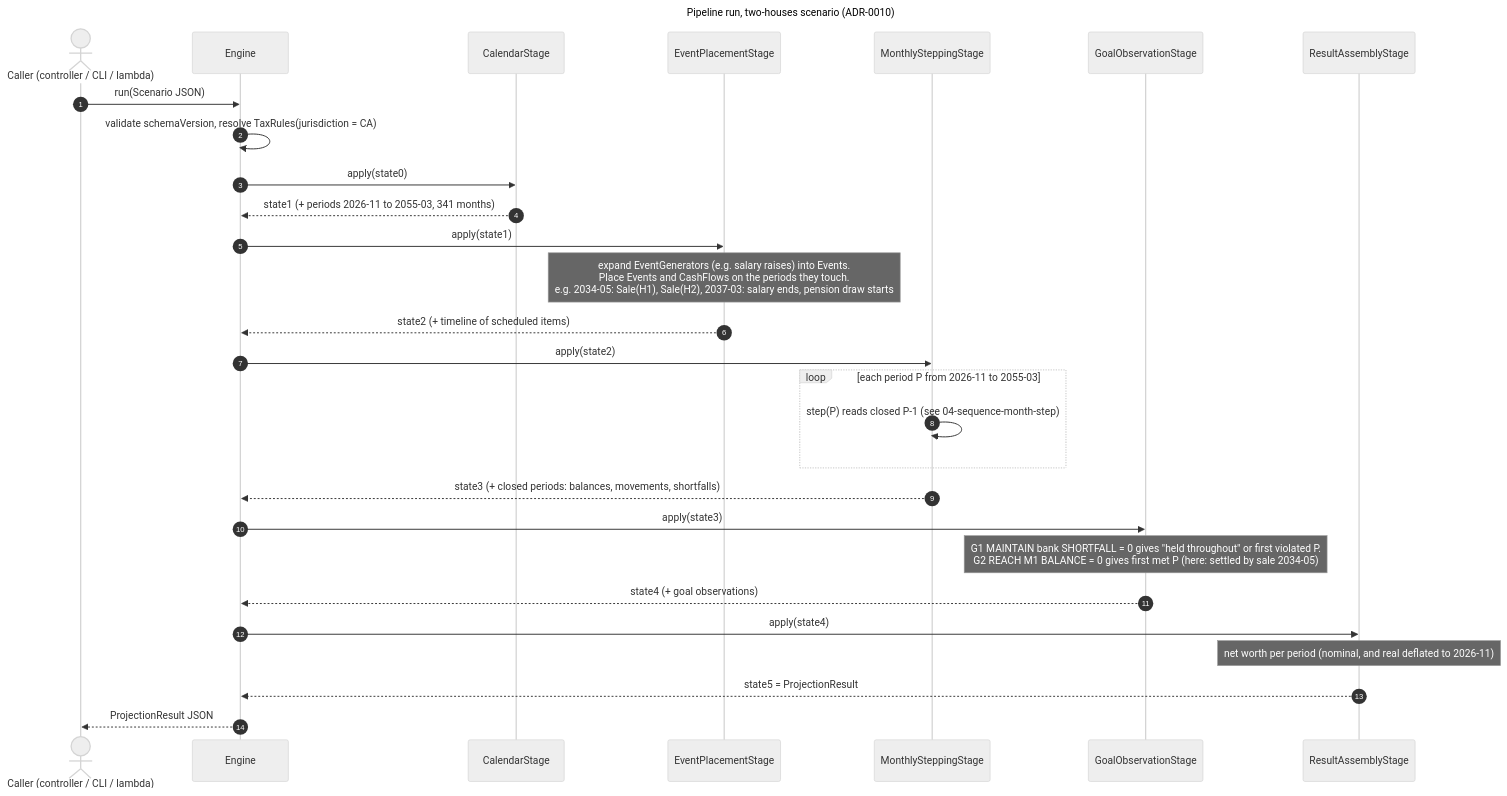
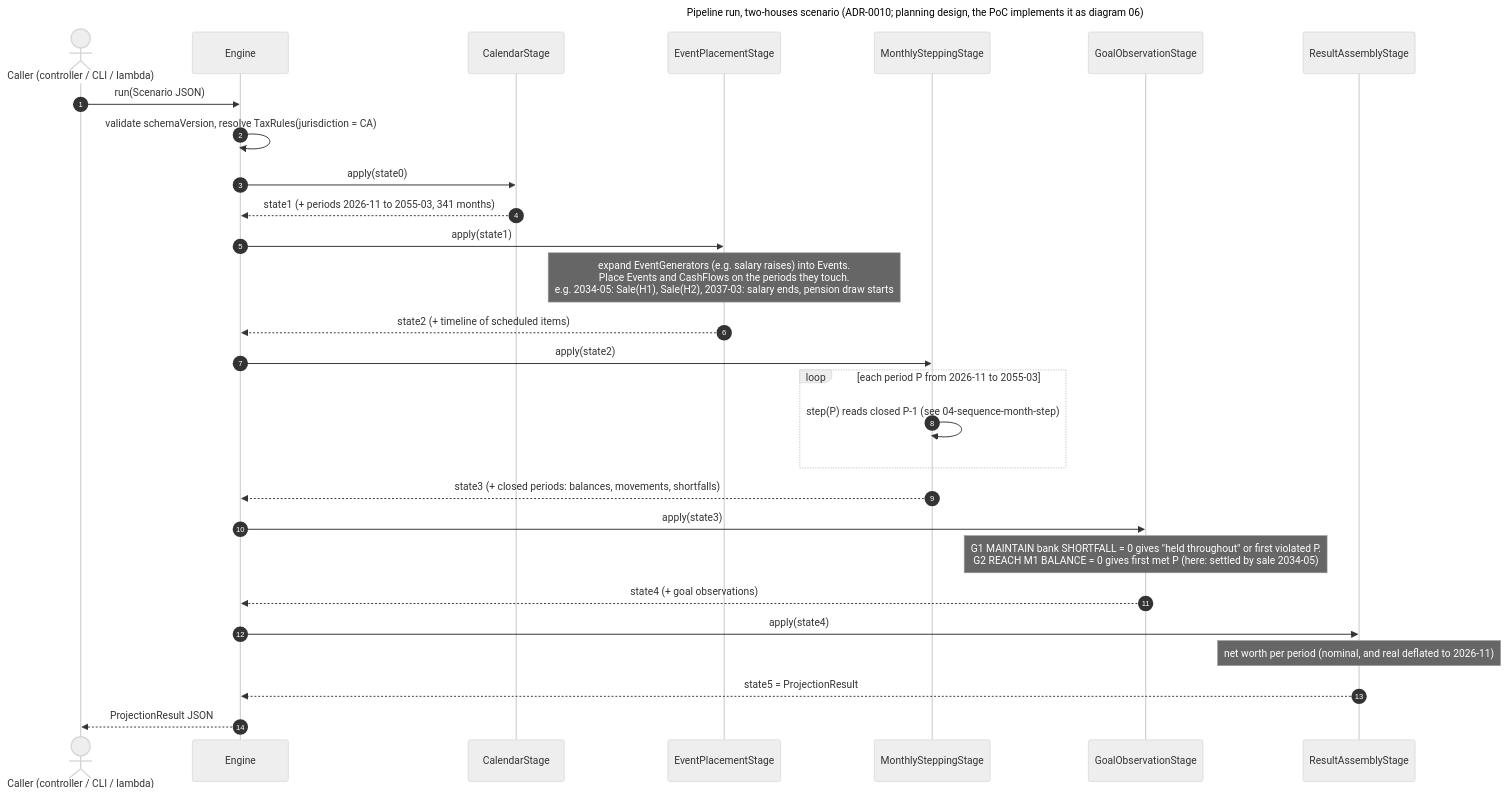
The diagram in diagrams/03-sequence-pipeline-run.mmd (droopy4096/sloppy-wealth), drawn with Mermaid (neutral theme) before and after one commit. The commit also changed 63 other files, not shown here.

```diff
--- a/diagrams/03-sequence-pipeline-run.mmd
+++ b/diagrams/03-sequence-pipeline-run.mmd
@@ -1,32 +1,32 @@
 ---
-title: Pipeline run, two-houses scenario (ADR-0010)
+title: Pipeline run, two-houses scenario (ADR-0010; planning design, the PoC implements it as diagram 06)
 ---
 sequenceDiagram
     autonumber
     actor C as Caller (controller / CLI / lambda)
     participant E as Engine
     participant CAL as CalendarStage
     participant EVP as EventPlacementStage
     participant MS as MonthlySteppingStage
     participant GO as GoalObservationStage
     participant RA as ResultAssemblyStage
 
     C->>E: run(Scenario JSON)
     E->>E: validate schemaVersion, resolve TaxRules(jurisdiction = CA)
     E->>CAL: apply(state0)
     CAL-->>E: state1 (+ periods 2026-11 to 2055-03, 341 months)
     E->>EVP: apply(state1)
     Note over EVP: expand EventGenerators (e.g. salary raises) into Events.<br/>Place Events and CashFlows on the periods they touch.<br/>e.g. 2034-05: Sale(H1), Sale(H2), 2037-03: salary ends, pension draw starts
     EVP-->>E: state2 (+ timeline of scheduled items)
     E->>MS: apply(state2)
     loop each period P from 2026-11 to 2055-03
         MS->>MS: step(P) reads closed P-1 (see 04-sequence-month-step)
     end
     MS-->>E: state3 (+ closed periods: balances, movements, shortfalls)
     E->>GO: apply(state3)
     Note over GO: G1 MAINTAIN bank SHORTFALL = 0 gives "held throughout" or first violated P.<br/>G2 REACH M1 BALANCE = 0 gives first met P (here: settled by sale 2034-05)
     GO-->>E: state4 (+ goal observations)
     E->>RA: apply(state4)
     Note over RA: net worth per period (nominal, and real deflated to 2026-11)
     RA-->>E: state5 = ProjectionResult
     E-->>C: ProjectionResult JSON
```
